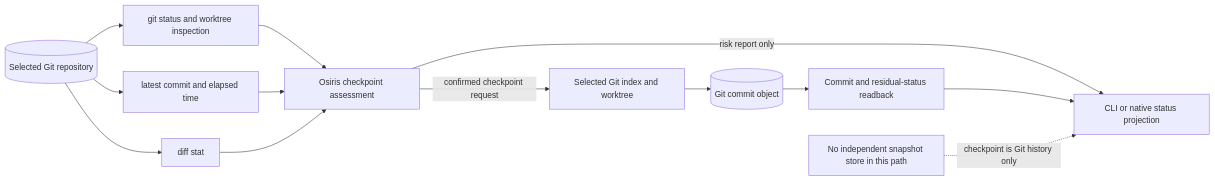
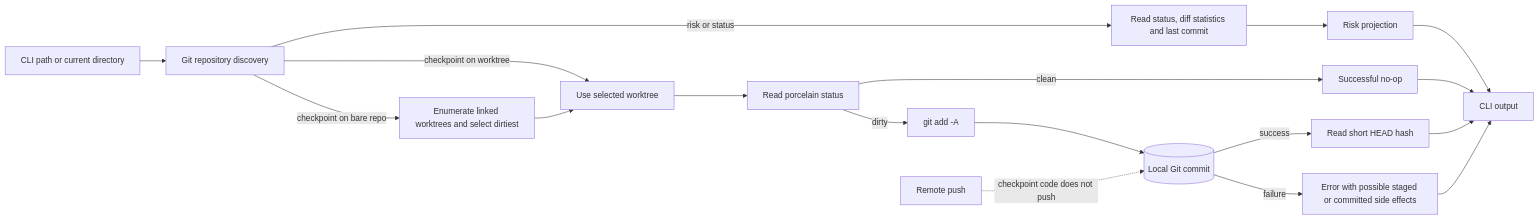
Before and after one commit to SirsiMaster/sirsi-pantheon: diagram 25 of 45 in docs/stacklab/pantheon-pt/canon/DIAGRAMS_PRODUCT_OPERATIONS.md, drawn with Mermaid. The commit also changed other lines of this file and 2 other files, not shown here.

Commit message:
docs(stacklab): align workflow diagrams with actual effects and recovery

````diff
--- a/docs/stacklab/pantheon-pt/canon/DIAGRAMS_PRODUCT_OPERATIONS.md
+++ b/docs/stacklab/pantheon-pt/canon/DIAGRAMS_PRODUCT_OPERATIONS.md
@@ -653,15 +701,20 @@
 ```mermaid
 flowchart LR
-  REPO[(Selected Git repository)] --> STATUS[git status and worktree inspection]
-  REPO --> LOG[latest commit and elapsed time]
-  REPO --> DIFF[diff stat]
-  STATUS --> CP[Osiris checkpoint assessment]
-  LOG --> CP
-  DIFF --> CP
-  CP -->|risk report only| OUT[CLI or native status projection]
-  CP -->|confirmed checkpoint request| INDEX[Selected Git index and worktree]
-  INDEX --> COMMIT[(Git commit object)]
-  COMMIT --> VERIFY[Commit and residual-status readback]
-  VERIFY --> OUT
-  BACKUP[No independent snapshot store in this path] -. checkpoint is Git history only .-> OUT
+  ARG[CLI path or current directory] --> GIT[Git repository discovery]
+  GIT -->|risk or status| ASSESS[Read status, diff statistics and last commit]
+  ASSESS --> REPORT[Risk projection]
+  GIT -->|checkpoint on bare repo| LINKED[Enumerate linked worktrees and select dirtiest]
+  GIT -->|checkpoint on worktree| WT[Use selected worktree]
+  LINKED --> WT
+  WT --> STATUS[Read porcelain status]
+  STATUS -->|clean| NOOP[Successful no-op]
+  STATUS -->|dirty| INDEX[git add -A]
+  INDEX --> COMMIT[(Local Git commit)]
+  COMMIT -->|success| HASH[Read short HEAD hash]
+  COMMIT -->|failure| PARTIAL[Error with possible staged or committed side effects]
+  REPORT --> OUT[CLI output]
+  NOOP --> OUT
+  HASH --> OUT
+  PARTIAL --> OUT
+  REMOTE[Remote push] -. checkpoint code does not push .-> COMMIT
 ```
````
